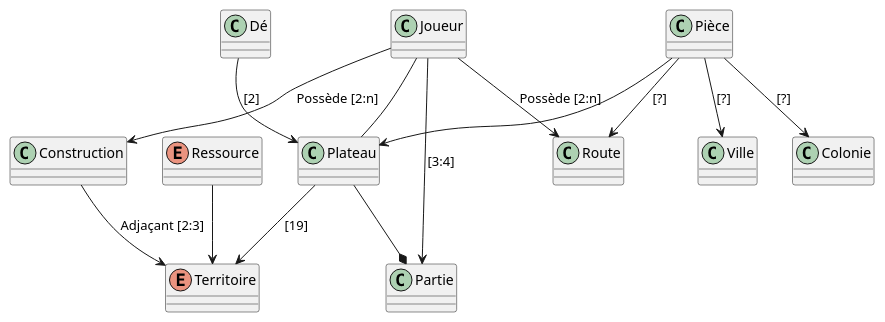
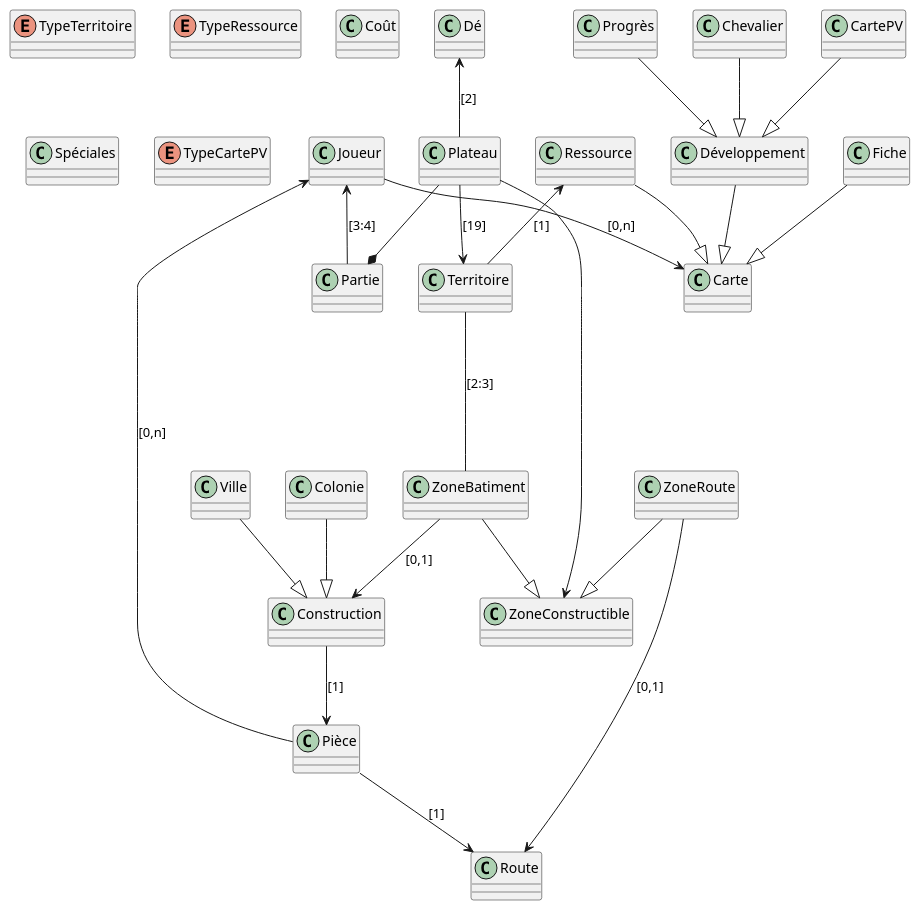
The diagram in catan-doc/modules/analyse/pages/catan_diagram.puml (Bobinho44/PROJET_OOAD_M1), drawn with PlantUML before and after one commit.

Commit message:
Mis-à-jour du fichier UML

```diff
--- a/catan-doc/modules/analyse/pages/catan_diagram.puml
+++ b/catan-doc/modules/analyse/pages/catan_diagram.puml
@@ -1,30 +1,62 @@
 @startuml 'https://plantuml.com/activity-diagram-beta'
 
+''''''''''''''''''''''''''''''''''''''''''''''''''''''''''''''''''''''''''''''''
+' Ce sont toutes les instances de notre jeu de société.
 class Joueur
 class Partie
 class Construction
 class Route
 class Ville
 class Pièce
 class Colonie
 class Dé
-enum Territoire
-enum Ressource
+class Territoire
+enum TypeTerritoire
+class Ressource
+enum TypeRessource
 class Plateau
-
-Joueur --> Construction : Possède [2:n]
-Joueur --> Route : Possède [2:n]
-Joueur --> Partie : [3:4]
-Joueur -- Plateau
-Construction --> Territoire : Adjaçant [2:3]
-Pièce --> Route : [?]
-Pièce --> Ville : [?]
-Pièce --> Colonie : [?]
-Pièce --> Plateau
-Dé --> Plateau : [2]
-Ressource --> Territoire
+class ZoneBatiment
+class ZoneRoute
+class ZoneConstructible
+class Carte
+class Développement
+class Ressource
+class Fiche
+class Coût
+class Spéciales 
+class Progrès
+class Chevalier
+class CartePV
+enum TypeCartePV
+''''''''''''''''''''''''''''''''''''''''''''''''''''''''''''''''''''''''''''''''
+''''''''''''''''''''''''''''''''''''''''''''''''''''''''''''''''''''''''''''''''
+' Ici, ce sont toutes nos relations entre nos différentes instances.
+Joueur <-- Partie : [3:4]
+Joueur <-- Pièce : [0,n]
+Joueur --> Carte : [0,n]
+Pièce --> Route : [1]
+ZoneRoute --> Route : [0,1]
+Construction --> Pièce :[1]
+Ville --|> Construction
+Colonie --|> Construction
+ZoneBatiment --> Construction : [0,1]
+Dé <-- Plateau : [2]
+Ressource <-- Territoire : [1]
 Plateau --> Territoire : [19]
 Plateau --* Partie
+Plateau --> ZoneConstructible
+Développement --|> Carte
+Ressource --|> Carte
+Fiche --|> Carte
+Progrès --|> Développement
+Chevalier --|> Développement
+CartePV --|> Développement
+ZoneRoute --|> ZoneConstructible
+ZoneBatiment --|> ZoneConstructible
+Territoire --- ZoneBatiment : [2:3]
+''''''''''''''''''''''''''''''''''''''''''''''''''''''''''''''''''''''''''''''''
+''''''''''''''''''''''''''''''''''''''''''''''''''''''''''''''''''''''''''''''''
+' Enfin, ici, nous aurons toutes nos attributs et méthodes importants de notre classe.
 
 
 @enduml
```
